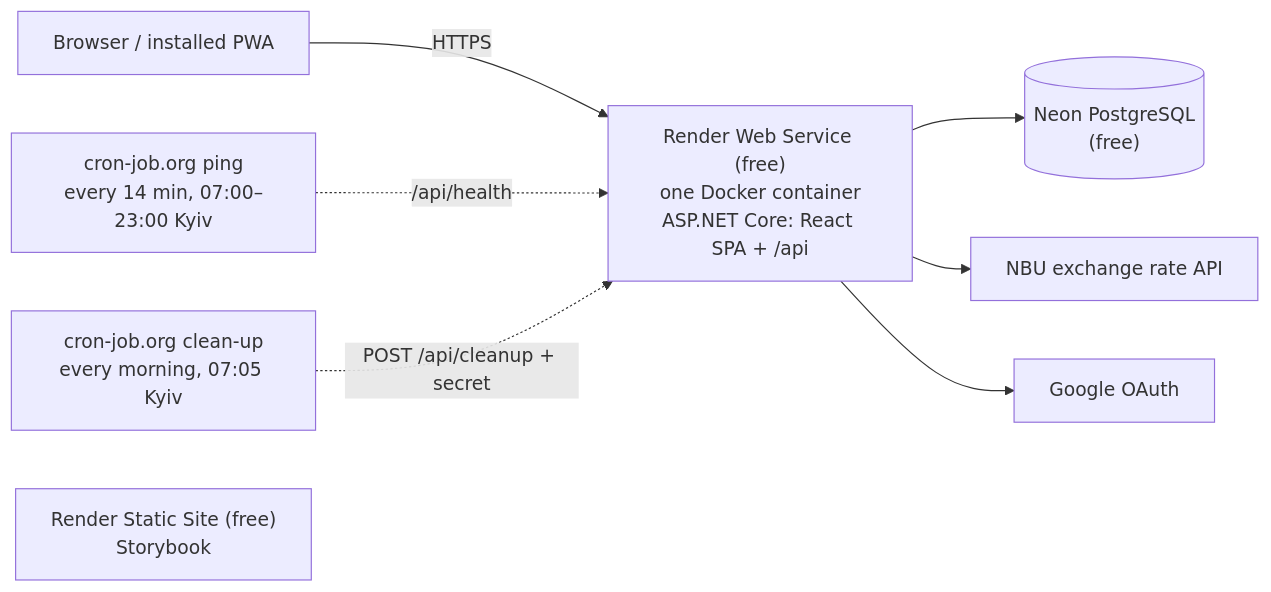
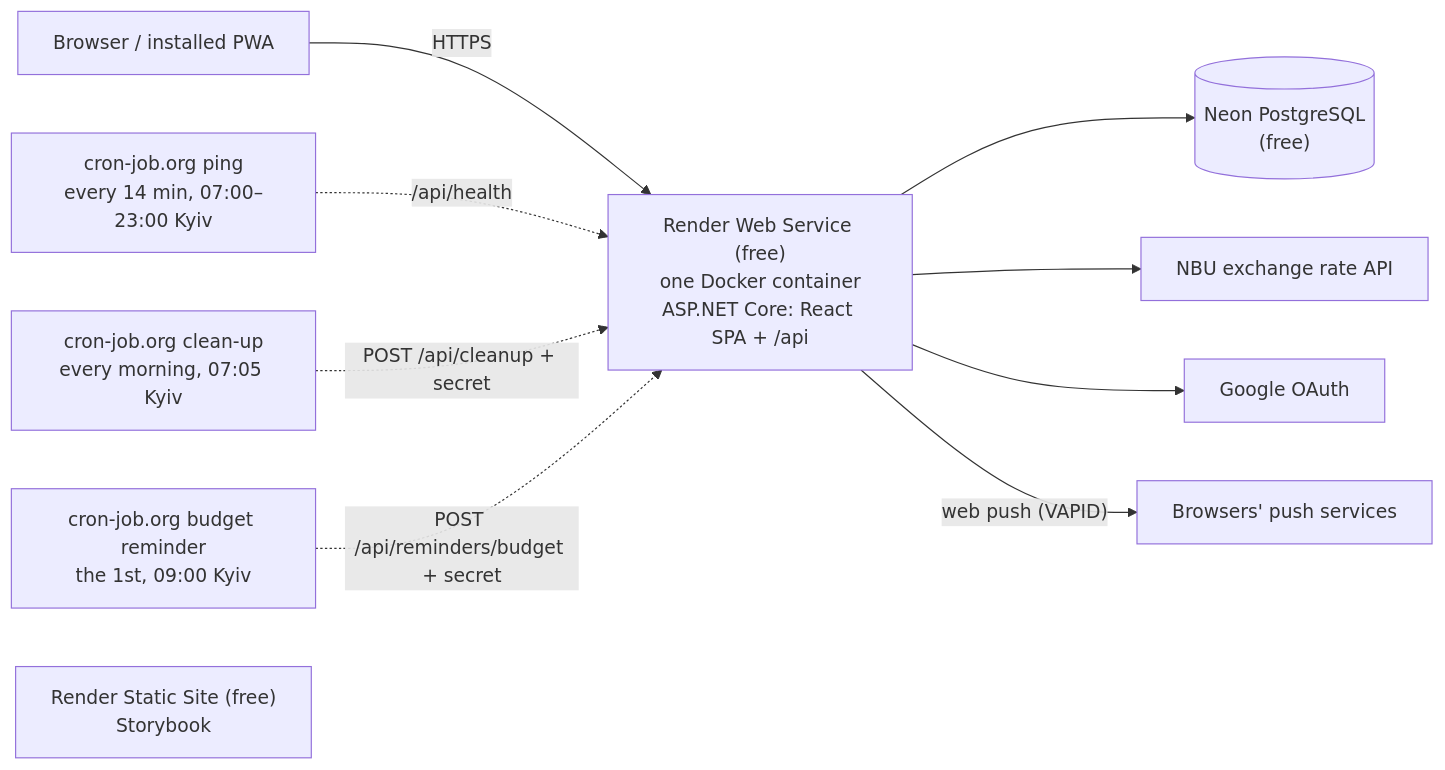
One commit to yuliaBiriukova/PupBudgetPlanner changed the first of 3 diagrams in docs/ARCHITECTURE.md. Above: the diagram before and after it, drawn with Mermaid. The commit also changed other lines of this file and 80 other files, not shown here.

First line of the commit message:
F-033: Monthly budget with the reminder on the 1st (#115)

````diff
--- a/docs/ARCHITECTURE.md
+++ b/docs/ARCHITECTURE.md
@@ -11,10 +11,12 @@
 ```mermaid
 flowchart LR
     U[Browser / installed PWA] -->|HTTPS| A["Render Web Service (free)<br/>one Docker container<br/>ASP.NET Core: React SPA + /api"]
     A --> D[("Neon PostgreSQL<br/>(free)")]
     A --> N[NBU exchange rate API]
     A --> G[Google OAuth]
     P["cron-job.org ping<br/>every 14 min, 07:00–23:00 Kyiv"] -.->|"/api/health"| A
     C["cron-job.org clean-up<br/>every morning, 07:05 Kyiv"] -.->|"POST /api/cleanup + secret"| A
+    R["cron-job.org budget reminder<br/>the 1st, 09:00 Kyiv"] -.->|"POST /api/reminders/budget + secret"| A
+    A -->|"web push (VAPID)"| W[Browsers' push services]
     SB["Render Static Site (free)<br/>Storybook"]
 ```
````
